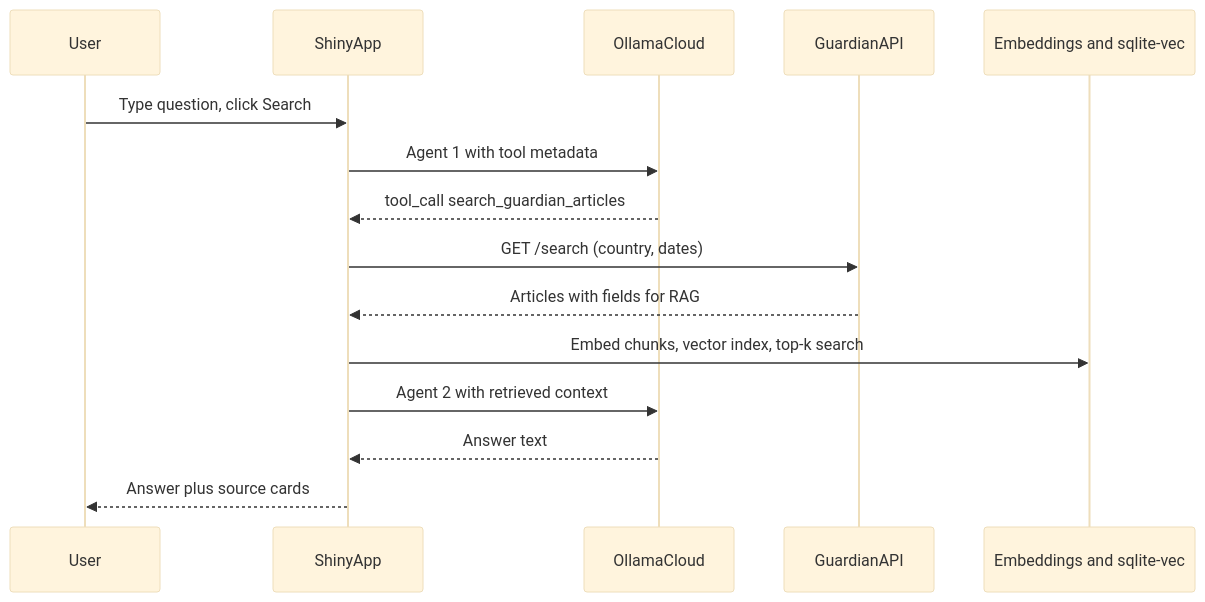
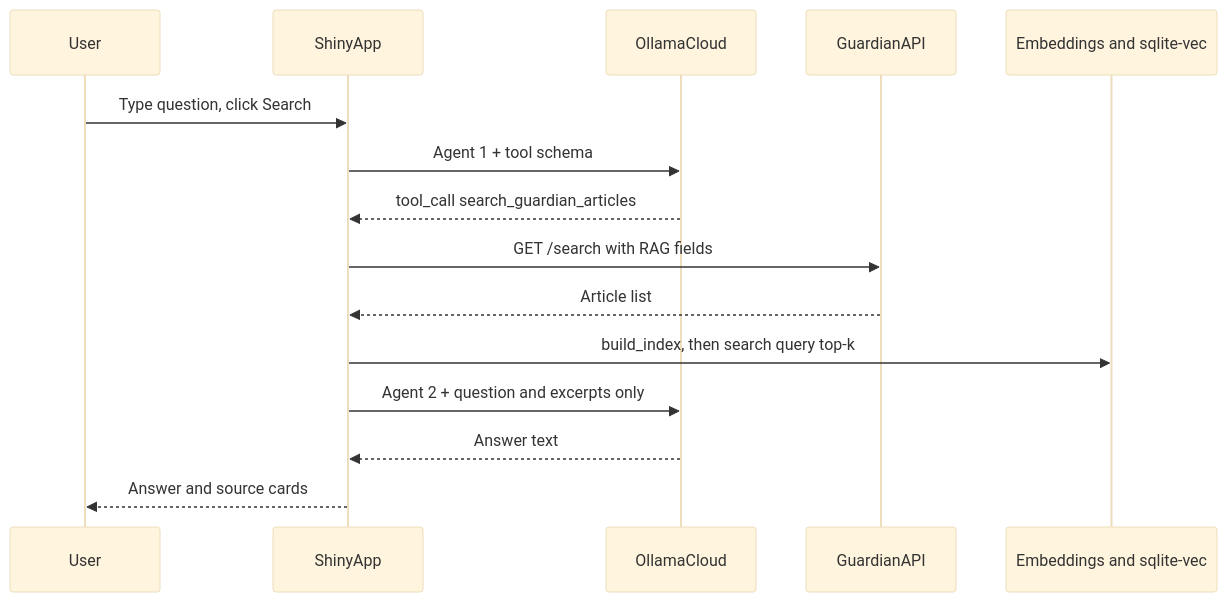
Before and after one commit to vvnu0/sysen5381: the second of 3 diagrams in 04_deployment/app/README.md, drawn with Mermaid (base theme). The commit also changed other lines of this file and 1 other file, not shown here.

First line of the commit message:
Update deployment app README and app.py

````diff
--- a/04_deployment/app/README.md
+++ b/04_deployment/app/README.md
@@ -93,18 +69,18 @@
 ```mermaid
 sequenceDiagram
     participant User
     participant ShinyApp
     participant OllamaCloud
     participant GuardianAPI
-    participant RAG as Embeddings and sqlite-vec
+    participant Vec as Embeddings and sqlite-vec
 
     User->>ShinyApp: Type question, click Search
-    ShinyApp->>OllamaCloud: Agent 1 with tool metadata
+    ShinyApp->>OllamaCloud: Agent 1 + tool schema
     OllamaCloud-->>ShinyApp: tool_call search_guardian_articles
-    ShinyApp->>GuardianAPI: GET /search (country, dates)
-    GuardianAPI-->>ShinyApp: Articles with fields for RAG
-    ShinyApp->>RAG: Embed chunks, vector index, top-k search
-    ShinyApp->>OllamaCloud: Agent 2 with retrieved context
+    ShinyApp->>GuardianAPI: GET /search with RAG fields
+    GuardianAPI-->>ShinyApp: Article list
+    ShinyApp->>Vec: build_index, then search query top-k
+    ShinyApp->>OllamaCloud: Agent 2 + question and excerpts only
     OllamaCloud-->>ShinyApp: Answer text
-    ShinyApp-->>User: Answer plus source cards
+    ShinyApp-->>User: Answer and source cards
 ```
````
